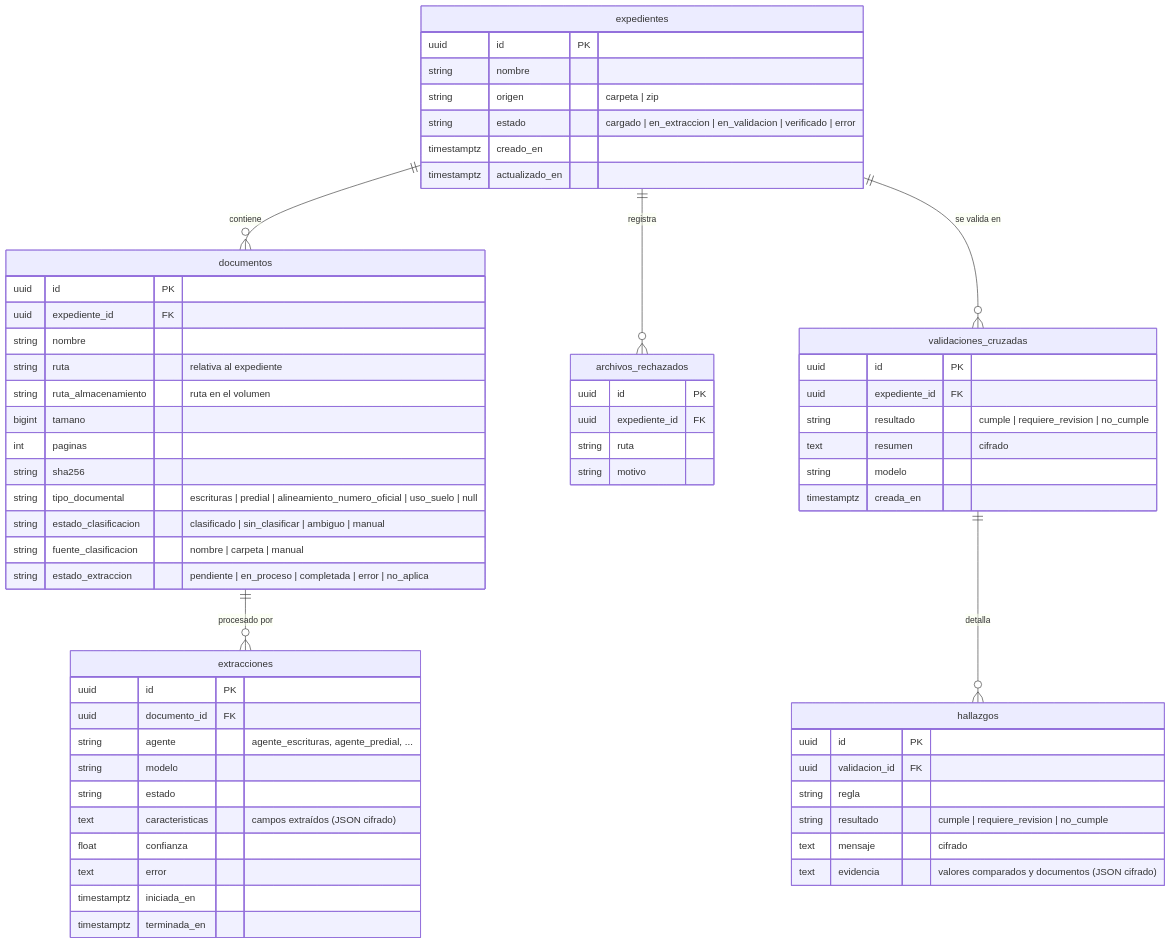
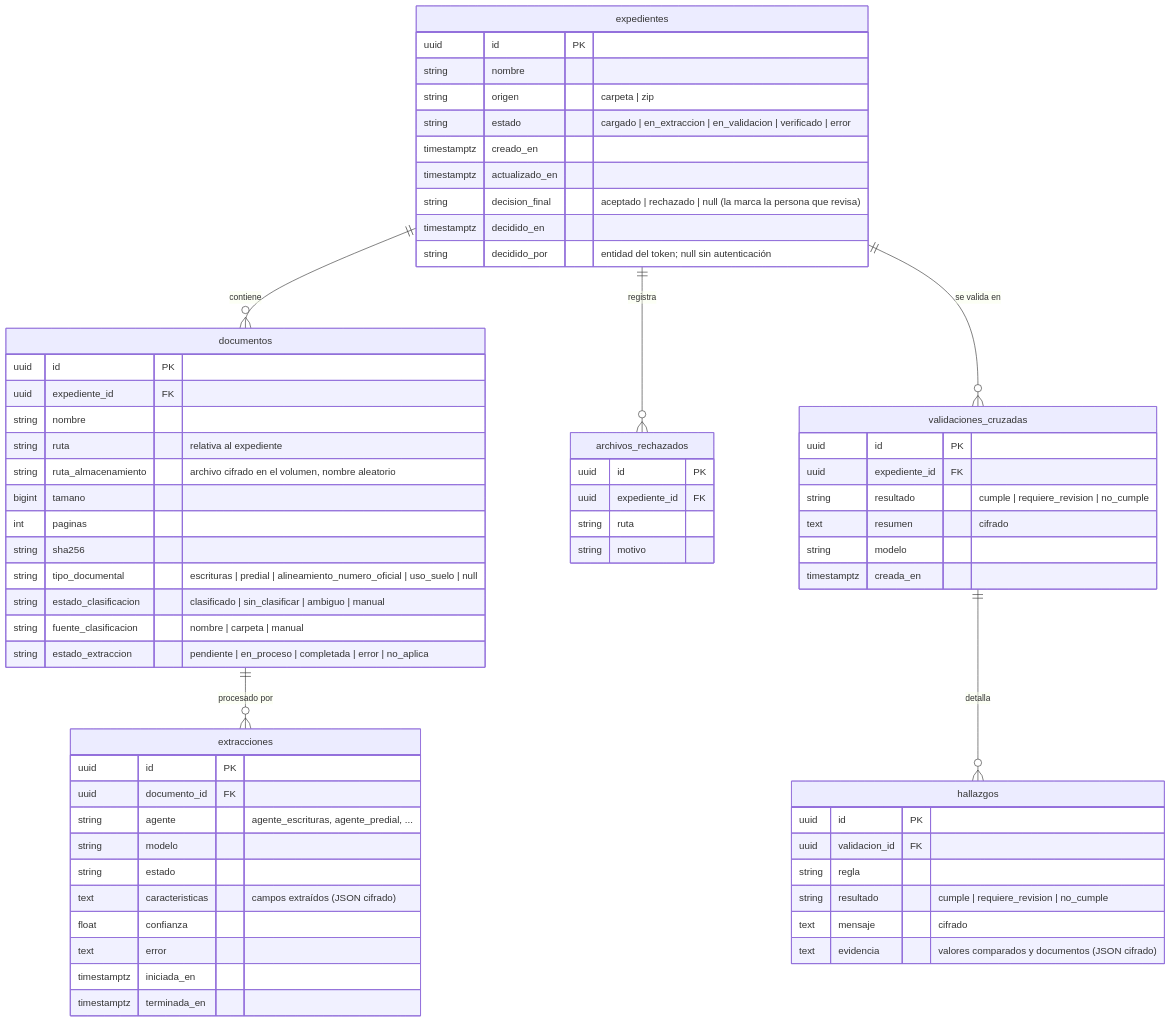
Before and after one commit to Shawdog56/expedientes_hackaton3b: the diagram in docs/base-de-datos.md, drawn with Mermaid. The commit also changed other lines of this file and 19 other files, not shown here.

````diff
--- a/docs/base-de-datos.md
+++ b/docs/base-de-datos.md
@@ -17,65 +18,68 @@
 ```mermaid
 erDiagram
     expedientes ||--o{ documentos : contiene
     expedientes ||--o{ archivos_rechazados : registra
     expedientes ||--o{ validaciones_cruzadas : "se valida en"
     documentos ||--o{ extracciones : "procesado por"
     validaciones_cruzadas ||--o{ hallazgos : detalla
 
     expedientes {
         uuid id PK
         string nombre
         string origen "carpeta | zip"
         string estado "cargado | en_extraccion | en_validacion | verificado | error"
         timestamptz creado_en
         timestamptz actualizado_en
+        string decision_final "aceptado | rechazado | null (la marca la persona que revisa)"
+        timestamptz decidido_en
+        string decidido_por "entidad del token; null sin autenticación"
     }
     documentos {
         uuid id PK
         uuid expediente_id FK
         string nombre
         string ruta "relativa al expediente"
-        string ruta_almacenamiento "ruta en el volumen"
+        string ruta_almacenamiento "archivo cifrado en el volumen, nombre aleatorio"
         bigint tamano
         int paginas
         string sha256
         string tipo_documental "escrituras | predial | alineamiento_numero_oficial | uso_suelo | null"
         string estado_clasificacion "clasificado | sin_clasificar | ambiguo | manual"
         string fuente_clasificacion "nombre | carpeta | manual"
         string estado_extraccion "pendiente | en_proceso | completada | error | no_aplica"
     }
     archivos_rechazados {
         uuid id PK
         uuid expediente_id FK
         string ruta
         string motivo
     }
     extracciones {
         uuid id PK
         uuid documento_id FK
         string agente "agente_escrituras, agente_predial, ..."
         string modelo
         string estado
         text caracteristicas "campos extraídos (JSON cifrado)"
         float confianza
         text error
         timestamptz iniciada_en
         timestamptz terminada_en
     }
     validaciones_cruzadas {
         uuid id PK
         uuid expediente_id FK
         string resultado "cumple | requiere_revision | no_cumple"
         text resumen "cifrado"
         string modelo
         timestamptz creada_en
     }
     hallazgos {
         uuid id PK
         uuid validacion_id FK
         string regla
         string resultado "cumple | requiere_revision | no_cumple"
         text mensaje "cifrado"
         text evidencia "valores comparados y documentos (JSON cifrado)"
     }
 ```
````
